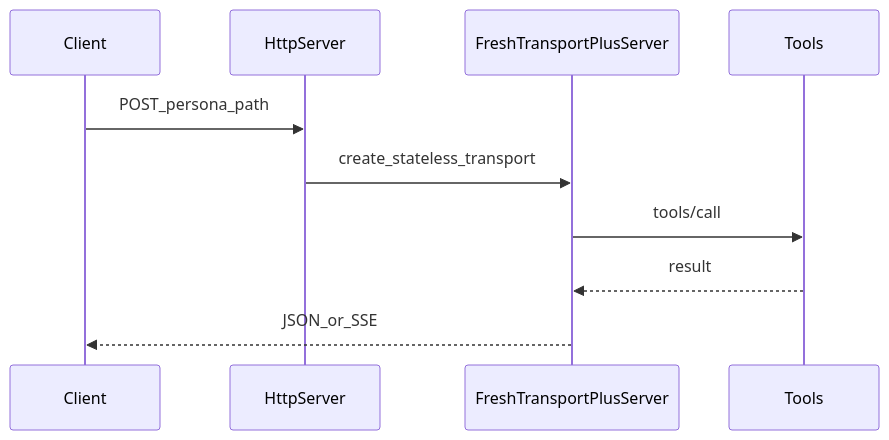
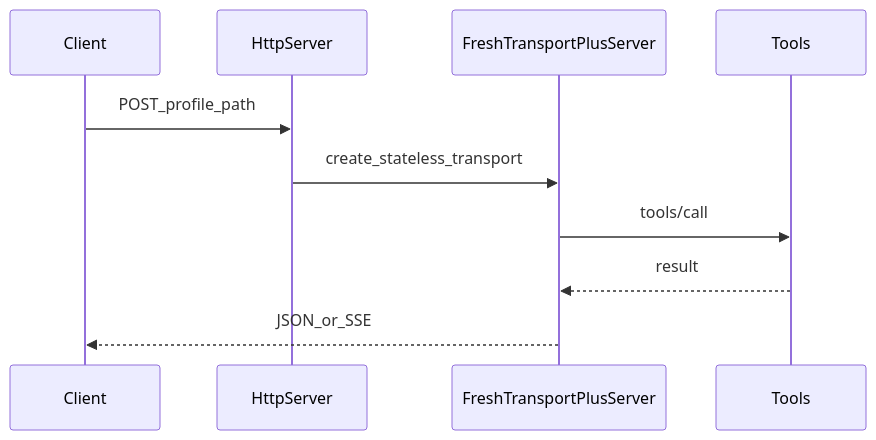
The third of 5 diagrams in packages/mcp/CONTRIBUTING.md (yu-iskw/lightdash-tools), drawn with Mermaid before and after one commit. The commit also changed other lines of this file and 204 other files, not shown here.

````diff
--- a/packages/mcp/CONTRIBUTING.md
+++ b/packages/mcp/CONTRIBUTING.md
@@ -106,13 +106,13 @@
 ```mermaid
 sequenceDiagram
   participant Client
   participant HttpServer
   participant Transport as FreshTransportPlusServer
   participant Tools
 
-  Client->>HttpServer: POST_persona_path
+  Client->>HttpServer: POST_profile_path
   HttpServer->>Transport: create_stateless_transport
   Transport->>Tools: tools/call
   Tools-->>Transport: result
   Transport-->>Client: JSON_or_SSE
 ```
````
